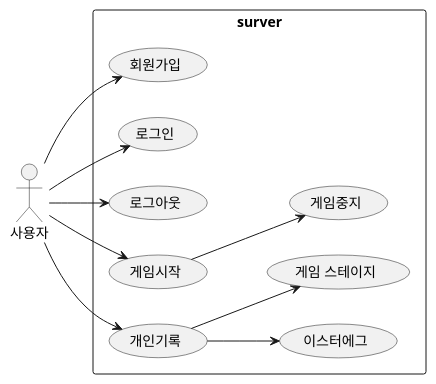
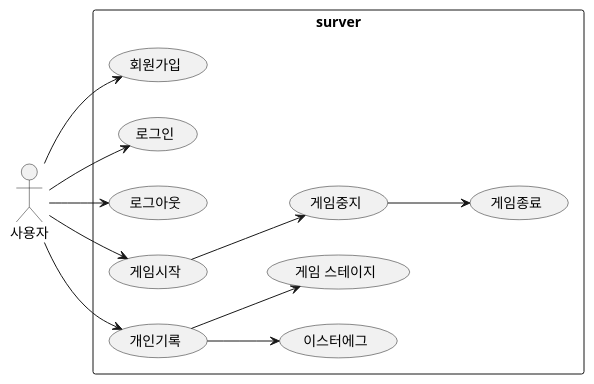
Before and after one commit to leehj24/software_prj: the diagram in UML/usecase.pu, drawn with PlantUML.

Commit message:
usecase 수정

```diff
--- a/UML/usecase.pu
+++ b/UML/usecase.pu
@@ -1,24 +1,26 @@
 @startuml
 left to right direction 
 actor "사용자" as fc
 rectangle surver {
  usecase "회원가입" as uc1
  usecase "로그인" as uc2
  usecase "로그아웃" as uc3
  usecase "게임시작" as uc4
  usecase "개인기록"as uc5
  usecase "게임중지" as ac1
- usecase "이스터에그" as ac2
- usecase "게임 스테이지" as ac3
+ usecase "게임종료" as ac2
+ usecase "이스터에그" as ac3
+ usecase "게임 스테이지" as ac4
 }
 
 fc --> uc1
 fc --> uc2
 fc --> uc3
 fc --> uc4
 fc --> uc5
 uc4 --> ac1
-uc5 --> ac2
+ac1 --> ac2
 uc5 --> ac3
+uc5 --> ac4
 
 @enduml
```
